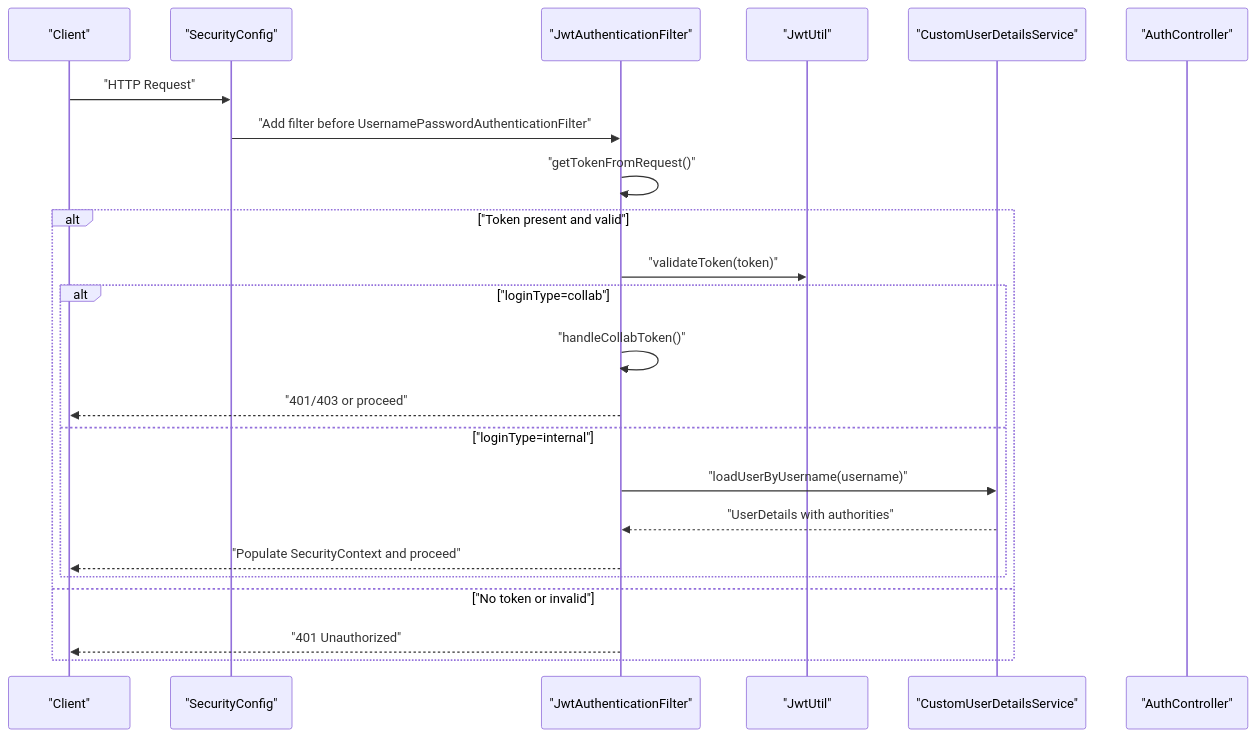
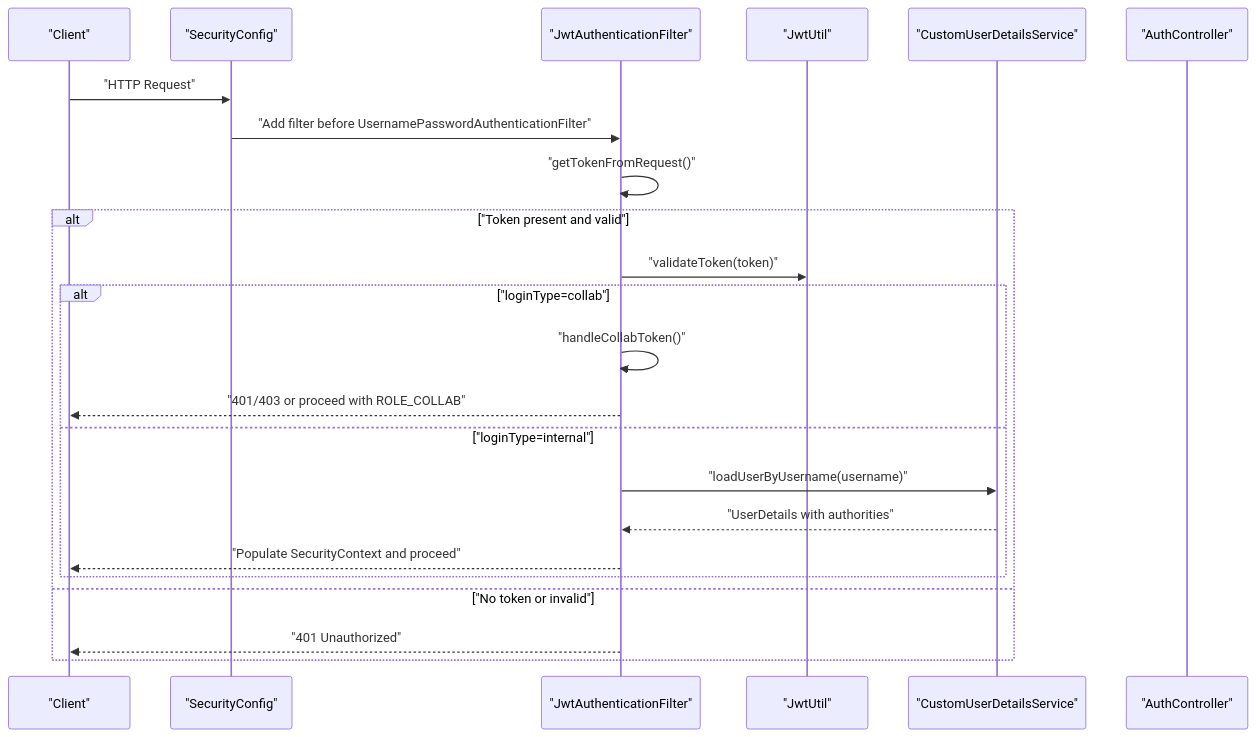
One commit to bo961386926/Survey-App changed the second of 12 diagrams in .qoder/repowiki/en/content/Authentication & Authorization/JWT Implementation.md. Above: the diagram before and after it, drawn with Mermaid. The commit also changed other lines of this file and 25 other files, not shown here.

````diff
--- a/.qoder/repowiki/en/content/Authentication & Authorization/JWT Implementation.md
+++ b/.qoder/repowiki/en/content/Authentication & Authorization/JWT Implementation.md
@@ -140,25 +150,25 @@
 ```mermaid
 sequenceDiagram
 participant Client as "Client"
 participant Sec as "SecurityConfig"
 participant Filter as "JwtAuthenticationFilter"
 participant Util as "JwtUtil"
 participant UDS as "CustomUserDetailsService"
 participant Ctrl as "AuthController"
 Client->>Sec : "HTTP Request"
 Sec->>Filter : "Add filter before UsernamePasswordAuthenticationFilter"
 Filter->>Filter : "getTokenFromRequest()"
 alt "Token present and valid"
 Filter->>Util : "validateToken(token)"
 alt "loginType=collab"
 Filter->>Filter : "handleCollabToken()"
-Filter-->>Client : "401/403 or proceed"
+Filter-->>Client : "401/403 or proceed with ROLE_COLLAB"
 else "loginType=internal"
 Filter->>UDS : "loadUserByUsername(username)"
 UDS-->>Filter : "UserDetails with authorities"
 Filter-->>Client : "Populate SecurityContext and proceed"
 end
 else "No token or invalid"
 Filter-->>Client : "401 Unauthorized"
 end
 ```
````
